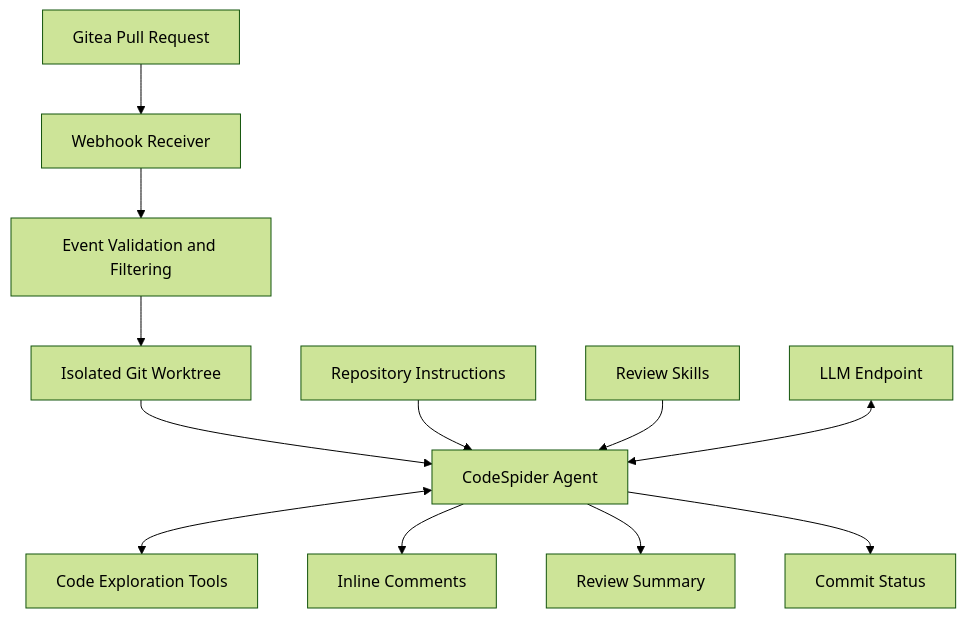
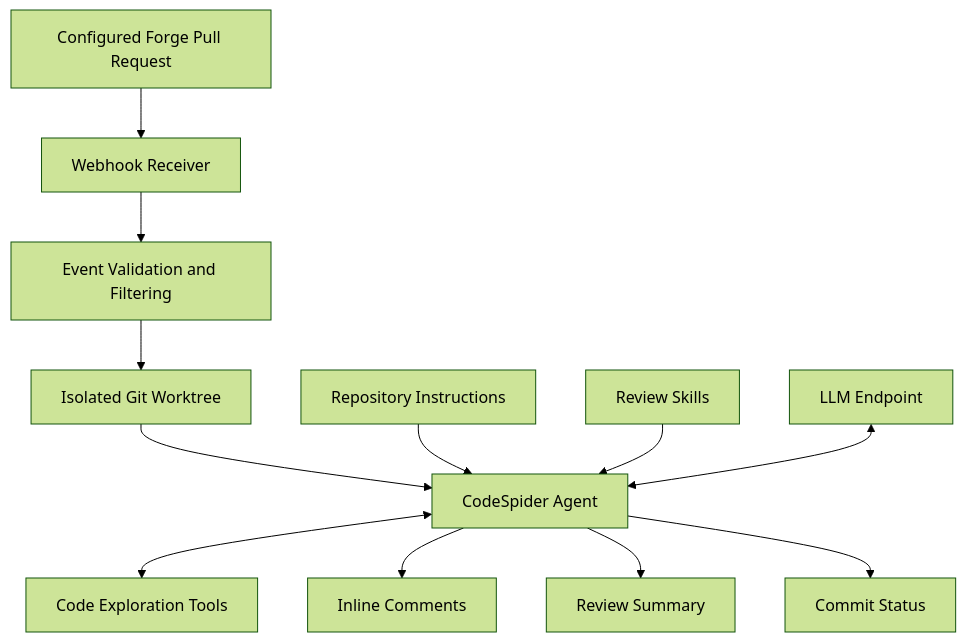
The diagram in README.md (Eresus-Security-OSS/CodeSpider), drawn with Mermaid (forest theme) before and after one commit. The commit also changed other lines of this file and 9 other files, not shown here.

````diff
--- a/README.md
+++ b/README.md
@@ -52,14 +54,14 @@
 ```mermaid
 flowchart TD
-    A[Gitea Pull Request] --> B[Webhook Receiver]
+    A[Configured Forge Pull Request] --> B[Webhook Receiver]
     B --> C[Event Validation and Filtering]
     C --> D[Isolated Git Worktree]
     D --> E[CodeSpider Agent]
     F[Repository Instructions] --> E
     G[Review Skills] --> E
     H[LLM Endpoint] <--> E
     E <--> I[Code Exploration Tools]
     E --> J[Inline Comments]
     E --> K[Review Summary]
     E --> L[Commit Status]
 ```
````
